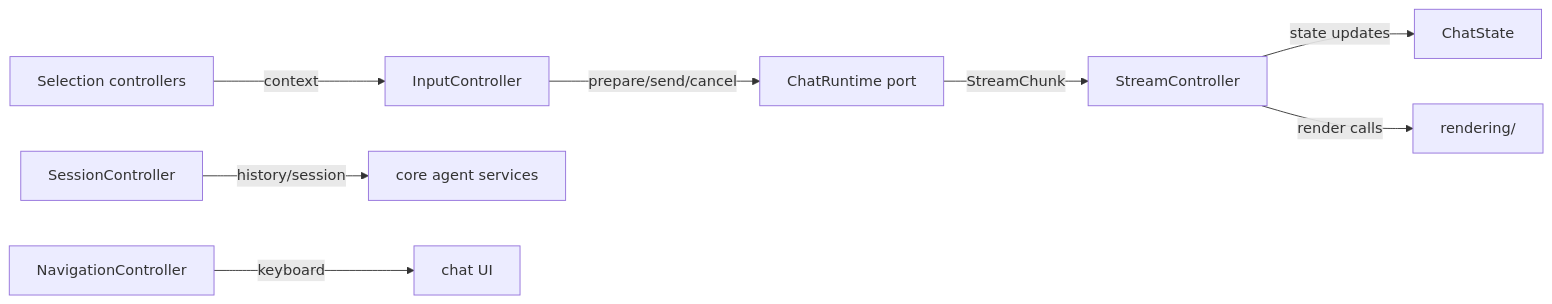
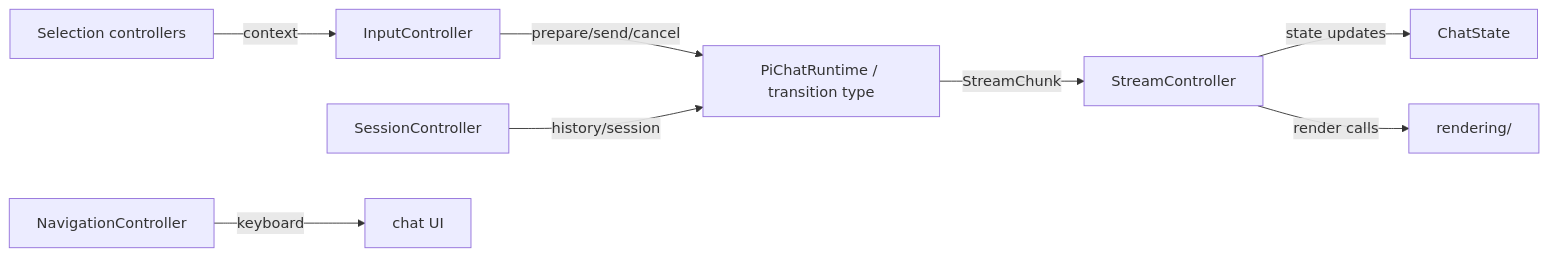
The diagram in src/features/chat/controllers/AGENTS.md (shuuul/obsidian-pivi), drawn with Mermaid before and after one commit. The commit also changed other lines of this file and 155 other files, not shown here.

````diff
--- a/src/features/chat/controllers/AGENTS.md
+++ b/src/features/chat/controllers/AGENTS.md
@@ -7,10 +7,10 @@
 ```mermaid
 flowchart LR
-  Input["InputController"] -- "prepare/send/cancel" --> Runtime["ChatRuntime port"]
+  Input["InputController"] -- "prepare/send/cancel" --> Runtime["PiChatRuntime / transition type"]
   Runtime -- "StreamChunk" --> Stream["StreamController"]
   Stream -- "state updates" --> State["ChatState"]
   Stream -- "render calls" --> Render["rendering/"]
-  Session["SessionController"] -- "history/session" --> Core["core agent services"]
+  Session["SessionController"] -- "history/session" --> Runtime
   Selection["Selection controllers"] -- "context" --> Input
   Navigation["NavigationController"] -- "keyboard" --> UI["chat UI"]
 ```
````
